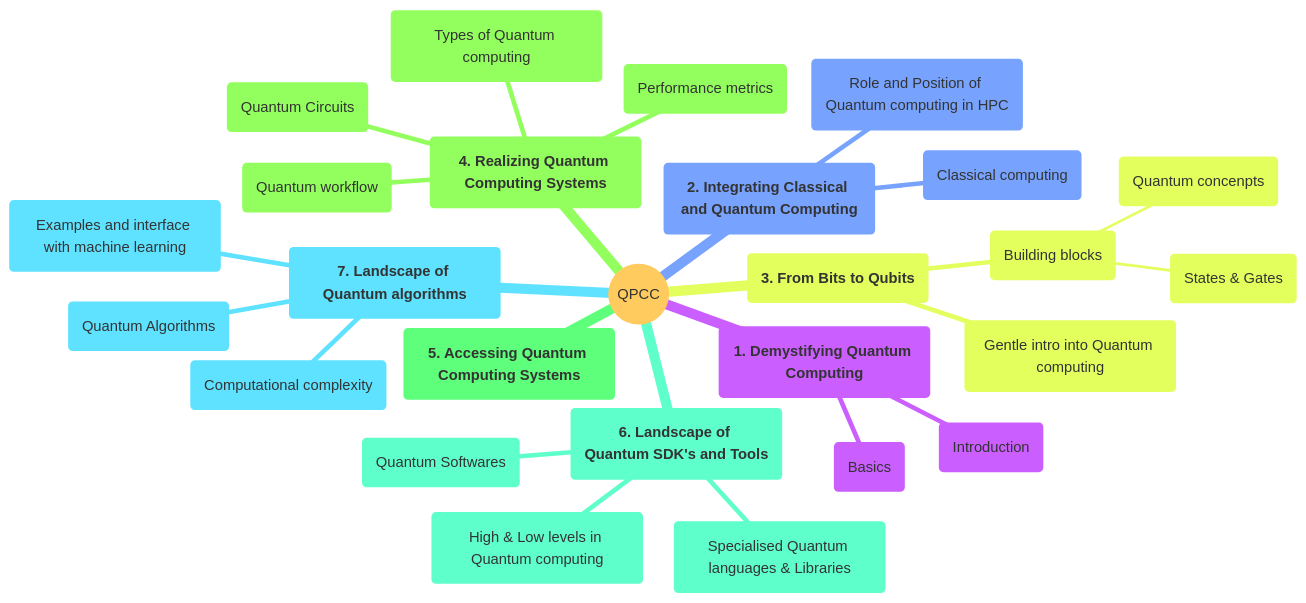
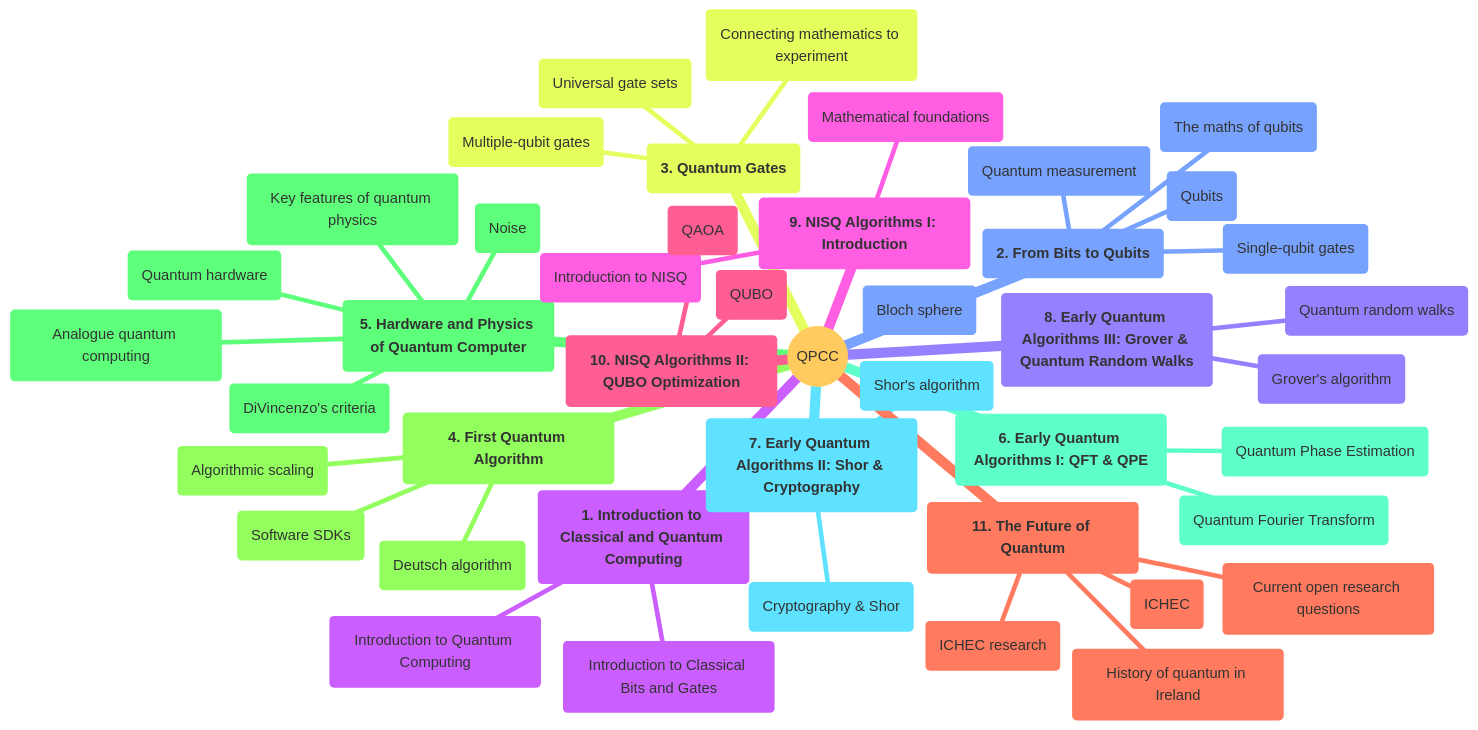
Before and after one commit to ICHEC/qpcc: the diagram in index.md, drawn with Mermaid. The commit also changed other lines of this file, not shown here.

Commit message:
Revise course title and update lecture content
Updated course title and content for the Quantum Programming Foundations Course. Revised lecture structure and descriptions to enhance clarity and accessibility.

````diff
--- a/index.md
+++ b/index.md
@@ -10,37 +16,48 @@
 ```{mermaid}
 %%{init: {'theme':'base', 'fontSize': '11', 'securityLevel': "loose"}}%%
 mindmap
   root((QPCC))
-    lec1("**1. Demystifying Quantum Computing**")
-    ::icon(fa fa-book)
-        (Introduction)
-        (Basics)
-    lec2(**2. Integrating Classical and Quantum Computing**)
-    ::icon(fa fa-book)
-        (Classical computing)
-        (Role and Position of Quantum computing in HPC)
-    lec3(**3. From Bits to Qubits**)
-    ::icon(fa fa-book)
-        (Gentle intro into Quantum computing)
-        (Building blocks)
-            (States & Gates)
-            (Quantum concenpts)
-    lec4(**4. Realizing Quantum Computing Systems**)
-    ::icon(fa fa-book)
-        (Quantum Circuits)
-        (Quantum workflow)
-        (Types of Quantum computing)
-        (Performance metrics)
-    lec5(**5. Accessing Quantum Computing Systems**)
-    ::icon(fa fa-book)
-    lec6(**6. Landscape of Quantum SDK's and Tools**)
-    ::icon(fa fa-book)
-        (High & Low levels in Quantum computing)
-        (Quantum Softwares)
-        (Specialised Quantum languages & Libraries)
-    lec7(**7. Landscape of Quantum algorithms**)
-    ::icon(fa fa-book)
-        (Computational complexity)
-        (Quantum Algorithms)
-        (Examples and interface with machine learning)
+    lec1(**1. Introduction to Classical and Quantum Computing**)
+        (Introduction to Quantum Computing)
+        (Introduction to Classical Bits and Gates)
+    lec2(**2. From Bits to Qubits**)
+        (Qubits)
+        (The maths of qubits)
+        (Bloch sphere)
+        (Single-qubit gates)
+        (Quantum measurement)
+    lec3(**3. Quantum Gates**)
+        (Multiple-qubit gates)
+        (Connecting mathematics to experiment)
+        (Universal gate sets)
+    lec4(**4. First Quantum Algorithm**)
+        (Software SDKs)
+        (Deutsch algorithm)
+        (Algorithmic scaling)
+    lec5(**5. Hardware and Physics of Quantum Computer**)
+        (DiVincenzo's criteria)
+        (Key features of quantum physics)
+        (Quantum hardware)
+        (Noise)
+        (Analogue quantum computing)
+    lec6(**6. Early Quantum Algorithms I: QFT & QPE**)
+        (Quantum Fourier Transform)
+        (Quantum Phase Estimation)
+    lec7(**7. Early Quantum Algorithms II: Shor & Cryptography**)
+        (Shor's algorithm)
+        (Cryptography & Shor)
+    lec8(**8. Early Quantum Algorithms III: Grover & Quantum Random Walks**)
+        (Grover's algorithm)
+        (Quantum random walks)
+    lec9(**9. NISQ Algorithms I: Introduction**)
+        (Introduction to NISQ)
+        (Mathematical foundations)
+    lec10(**10. NISQ Algorithms II: QUBO Optimization**)
+        (QUBO)
+        (QAOA)
+    lec11(**11. The Future of Quantum**)
+        (History of quantum in Ireland)
+        (ICHEC)
+        (ICHEC research)
+        (Current open research questions)
 ```
````
